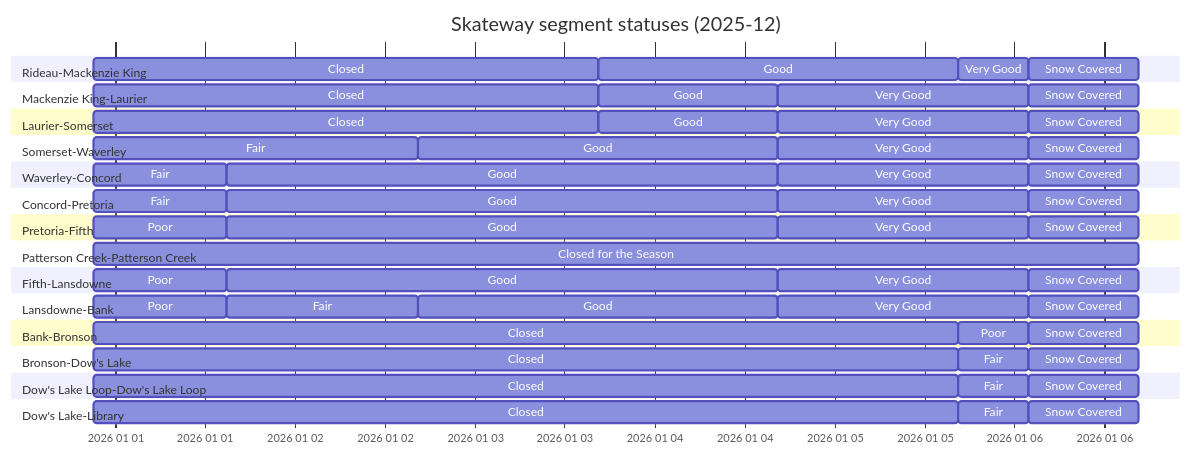
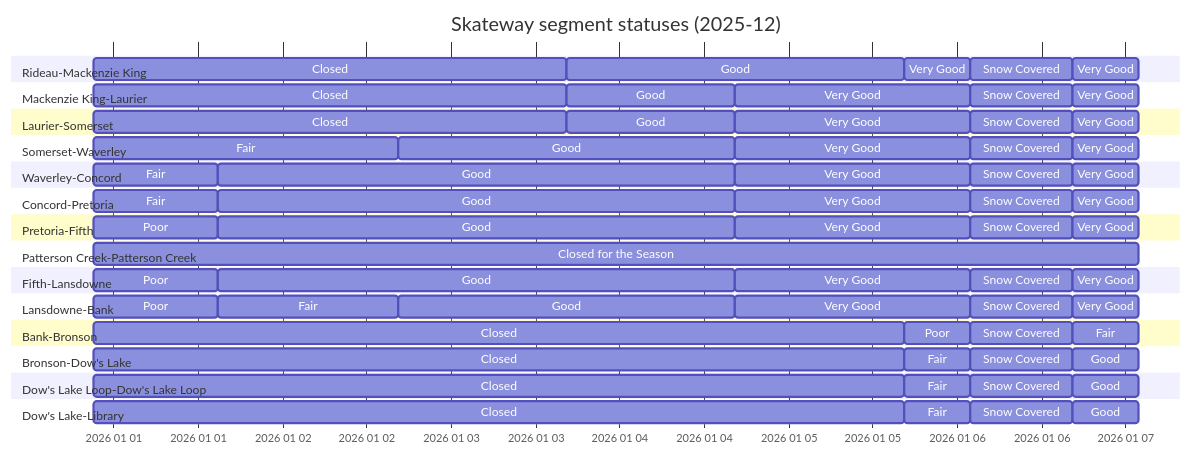
Before and after one commit to PatLittle/skateway_data: the diagram in gantt.md, drawn with Mermaid. The commit also changed 2 other files, not shown here.

````diff
--- a/gantt.md
+++ b/gantt.md
@@ -18,64 +18,77 @@
   Closed: c, 2025-12-31 21:07:33, 2026-01-03 16:27:35
   Good: g, 2026-01-03 16:27:35, 2026-01-05 16:29:55
   Very Good: vg, 2026-01-05 16:29:55, 2026-01-06 01:51:43
-  Snow Covered: sc, 2026-01-06 01:51:43, 2026-01-06 16:31:51
+  Snow Covered: sc, 2026-01-06 01:51:43, 2026-01-06 16:31:50
+  Very Good: vg, 2026-01-06 16:31:50, 2026-01-07 01:51:11
   section Mackenzie King-Laurier
   Closed: c, 2025-12-31 21:07:33, 2026-01-03 16:27:35
   Good: g, 2026-01-03 16:27:35, 2026-01-04 16:26:52
   Very Good: vg, 2026-01-04 16:26:52, 2026-01-06 01:51:43
-  Snow Covered: sc, 2026-01-06 01:51:43, 2026-01-06 16:31:51
+  Snow Covered: sc, 2026-01-06 01:51:43, 2026-01-06 16:31:50
+  Very Good: vg, 2026-01-06 16:31:50, 2026-01-07 01:51:11
   section Laurier-Somerset
   Closed: c, 2025-12-31 21:07:33, 2026-01-03 16:27:35
   Good: g, 2026-01-03 16:27:35, 2026-01-04 16:26:52
   Very Good: vg, 2026-01-04 16:26:52, 2026-01-06 01:51:43
-  Snow Covered: sc, 2026-01-06 01:51:43, 2026-01-06 16:31:51
+  Snow Covered: sc, 2026-01-06 01:51:43, 2026-01-06 16:31:50
+  Very Good: vg, 2026-01-06 16:31:50, 2026-01-07 01:51:11
   section Somerset-Waverley
   Fair: f, 2025-12-31 21:07:33, 2026-01-02 16:28:08
   Good: g, 2026-01-02 16:28:08, 2026-01-04 16:26:52
   Very Good: vg, 2026-01-04 16:26:52, 2026-01-06 01:51:43
-  Snow Covered: sc, 2026-01-06 01:51:43, 2026-01-06 16:31:51
+  Snow Covered: sc, 2026-01-06 01:51:43, 2026-01-06 16:31:50
+  Very Good: vg, 2026-01-06 16:31:50, 2026-01-07 01:51:11
   section Waverley-Concord
   Fair: f, 2025-12-31 21:07:33, 2026-01-01 14:52:27
   Good: g, 2026-01-01 14:52:27, 2026-01-04 16:26:52
   Very Good: vg, 2026-01-04 16:26:52, 2026-01-06 01:51:43
-  Snow Covered: sc, 2026-01-06 01:51:43, 2026-01-06 16:31:51
+  Snow Covered: sc, 2026-01-06 01:51:43, 2026-01-06 16:31:50
+  Very Good: vg, 2026-01-06 16:31:50, 2026-01-07 01:51:11
   section Concord-Pretoria
   Fair: f, 2025-12-31 21:07:33, 2026-01-01 14:52:27
   Good: g, 2026-01-01 14:52:27, 2026-01-04 16:26:52
   Very Good: vg, 2026-01-04 16:26:52, 2026-01-06 01:51:43
-  Snow Covered: sc, 2026-01-06 01:51:43, 2026-01-06 16:31:51
+  Snow Covered: sc, 2026-01-06 01:51:43, 2026-01-06 16:31:50
+  Very Good: vg, 2026-01-06 16:31:50, 2026-01-07 01:51:11
   section Pretoria-Fifth
   Poor: p, 2025-12-31 21:07:33, 2026-01-01 14:52:27
   Good: g, 2026-01-01 14:52:27, 2026-01-04 16:26:52
   Very Good: vg, 2026-01-04 16:26:52, 2026-01-06 01:51:43
-  Snow Covered: sc, 2026-01-06 01:51:43, 2026-01-06 16:31:51
+  Snow Covered: sc, 2026-01-06 01:51:43, 2026-01-06 16:31:50
+  Very Good: vg, 2026-01-06 16:31:50, 2026-01-07 01:51:11
   section Patterson Creek-Patterson Creek
-  Closed for the Season: cs, 2025-12-31 21:07:33, 2026-01-06 16:31:51
+  Closed for the Season: cs, 2025-12-31 21:07:33, 2026-01-07 01:51:11
   section Fifth-Lansdowne
   Poor: p, 2025-12-31 21:07:33, 2026-01-01 14:52:27
   Good: g, 2026-01-01 14:52:27, 2026-01-04 16:26:52
   Very Good: vg, 2026-01-04 16:26:52, 2026-01-06 01:51:43
-  Snow Covered: sc, 2026-01-06 01:51:43, 2026-01-06 16:31:51
+  Snow Covered: sc, 2026-01-06 01:51:43, 2026-01-06 16:31:50
+  Very Good: vg, 2026-01-06 16:31:50, 2026-01-07 01:51:11
   section Lansdowne-Bank
   Poor: p, 2025-12-31 21:07:33, 2026-01-01 14:52:27
   Fair: f, 2026-01-01 14:52:27, 2026-01-02 16:28:08
   Good: g, 2026-01-02 16:28:08, 2026-01-04 16:26:52
   Very Good: vg, 2026-01-04 16:26:52, 2026-01-06 01:51:43
-  Snow Covered: sc, 2026-01-06 01:51:43, 2026-01-06 16:31:51
+  Snow Covered: sc, 2026-01-06 01:51:43, 2026-01-06 16:31:50
+  Very Good: vg, 2026-01-06 16:31:50, 2026-01-07 01:51:11
   section Bank-Bronson
   Closed: c, 2025-12-31 21:07:33, 2026-01-05 16:29:55
   Poor: p, 2026-01-05 16:29:55, 2026-01-06 01:51:43
-  Snow Covered: sc, 2026-01-06 01:51:43, 2026-01-06 16:31:51
+  Snow Covered: sc, 2026-01-06 01:51:43, 2026-01-06 16:31:50
+  Fair: f, 2026-01-06 16:31:50, 2026-01-07 01:51:11
   section Bronson-Dow's Lake
   Closed: c, 2025-12-31 21:07:33, 2026-01-05 16:29:55
   Fair: f, 2026-01-05 16:29:55, 2026-01-06 01:51:43
-  Snow Covered: sc, 2026-01-06 01:51:43, 2026-01-06 16:31:51
+  Snow Covered: sc, 2026-01-06 01:51:43, 2026-01-06 16:31:50
+  Good: g, 2026-01-06 16:31:50, 2026-01-07 01:51:11
   section Dow's Lake Loop-Dow's Lake Loop
   Closed: c, 2025-12-31 21:07:33, 2026-01-05 16:29:55
   Fair: f, 2026-01-05 16:29:55, 2026-01-06 01:51:43
-  Snow Covered: sc, 2026-01-06 01:51:43, 2026-01-06 16:31:51
+  Snow Covered: sc, 2026-01-06 01:51:43, 2026-01-06 16:31:50
+  Good: g, 2026-01-06 16:31:50, 2026-01-07 01:51:11
   section Dow's Lake-Library
   Closed: c, 2025-12-31 21:07:33, 2026-01-05 16:29:55
   Fair: f, 2026-01-05 16:29:55, 2026-01-06 01:51:43
-  Snow Covered: sc, 2026-01-06 01:51:43, 2026-01-06 16:31:51
+  Snow Covered: sc, 2026-01-06 01:51:43, 2026-01-06 16:31:50
+  Good: g, 2026-01-06 16:31:50, 2026-01-07 01:51:11
 ```
````
